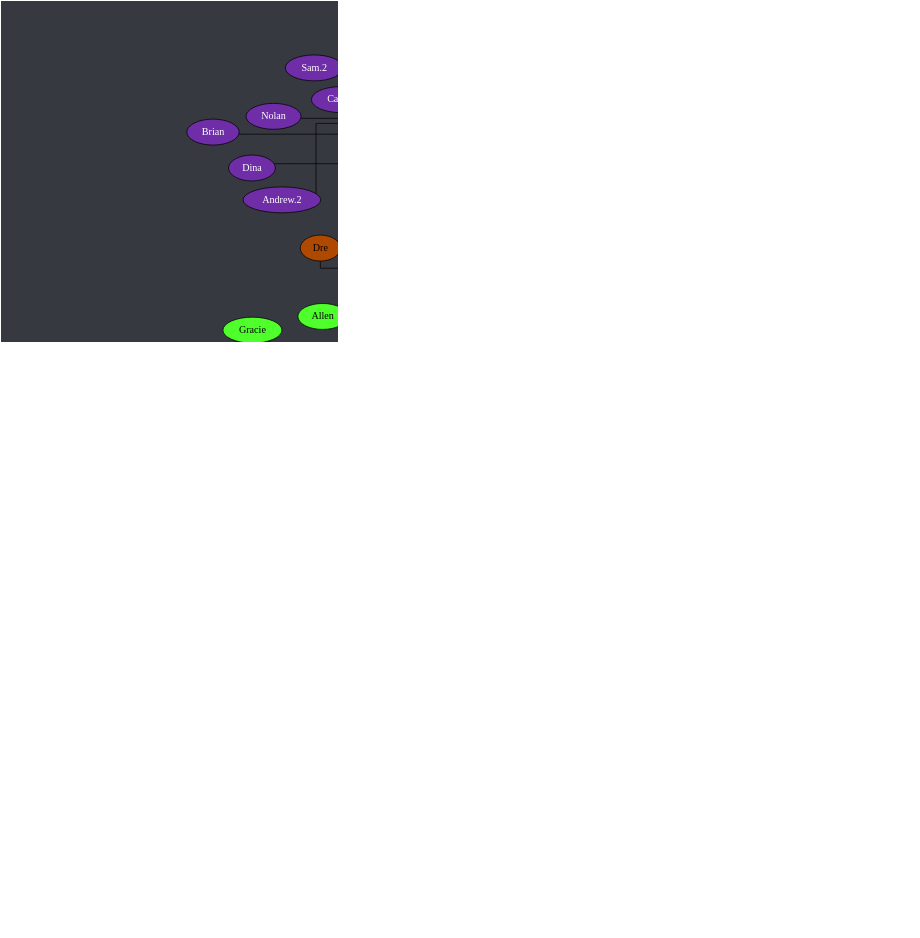
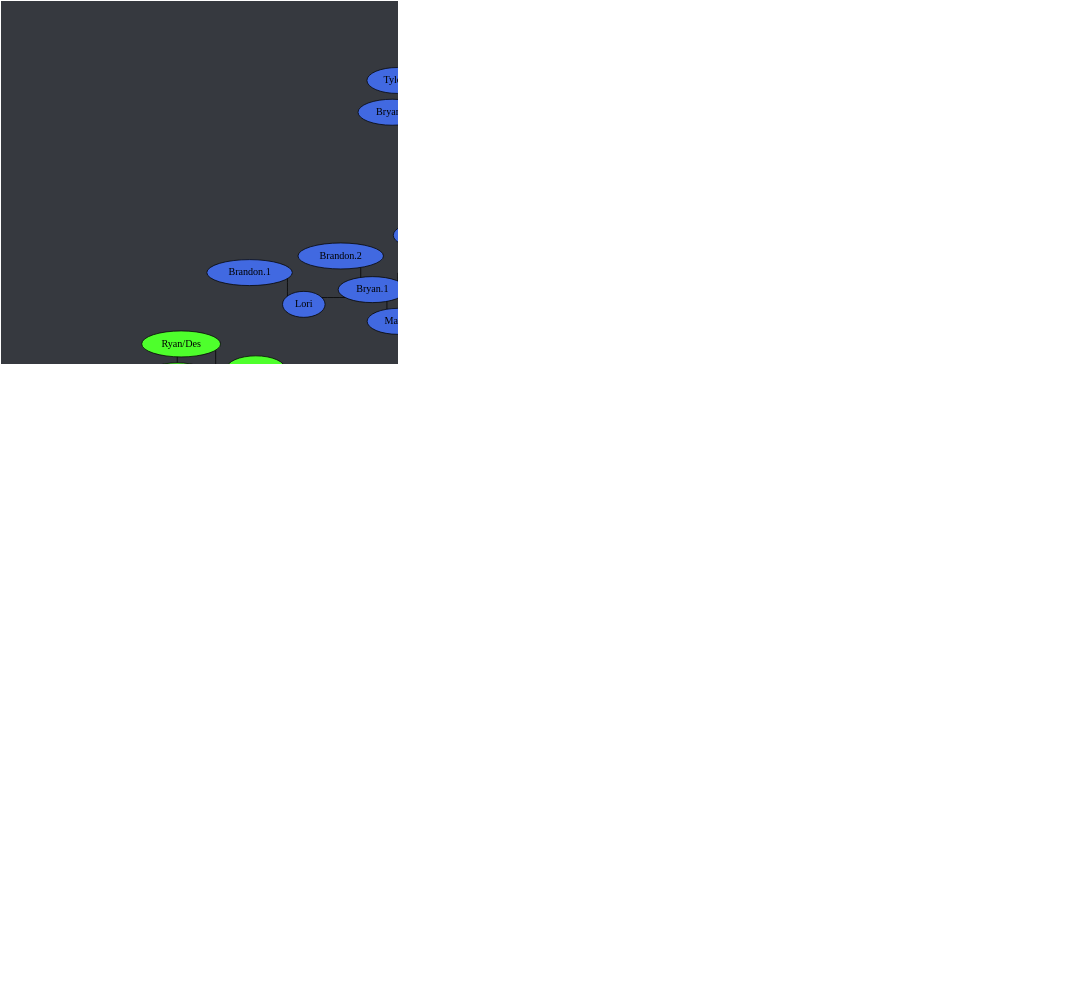
The diagram in tree.dot (Documidas/CoronaCatzFamilyTree), drawn with Graphviz before and after one commit. The commit also changed 1 other file, not shown here.

Commit message:
Rename Brandon to Brandon.1, add Brandon.2

```diff
--- a/tree.dot
+++ b/tree.dot
@@ -61,6 +61,7 @@
 		"Andrew.1" -- Hannah;
 		America -- "Kat.2";
 		Bianca -- "Alex.2";
+		"Bryan.1" -- "Brandon.2";
 		"Bryan.1" -- "Cody.2";
 		"Bryan.1" -- Lori;
 		"Bryan.1" -- "Matt.3";
@@ -84,7 +85,7 @@
 		Greg -- Tails;
 		Greg -- Tanyon;
 		Hannah -- Raana;
-		Lori -- Brandon;
+		Lori -- "Brandon.1";
 		Jared -- Alexander;
 		Jared -- Brandi;
 		Jared -- Chad;
```
